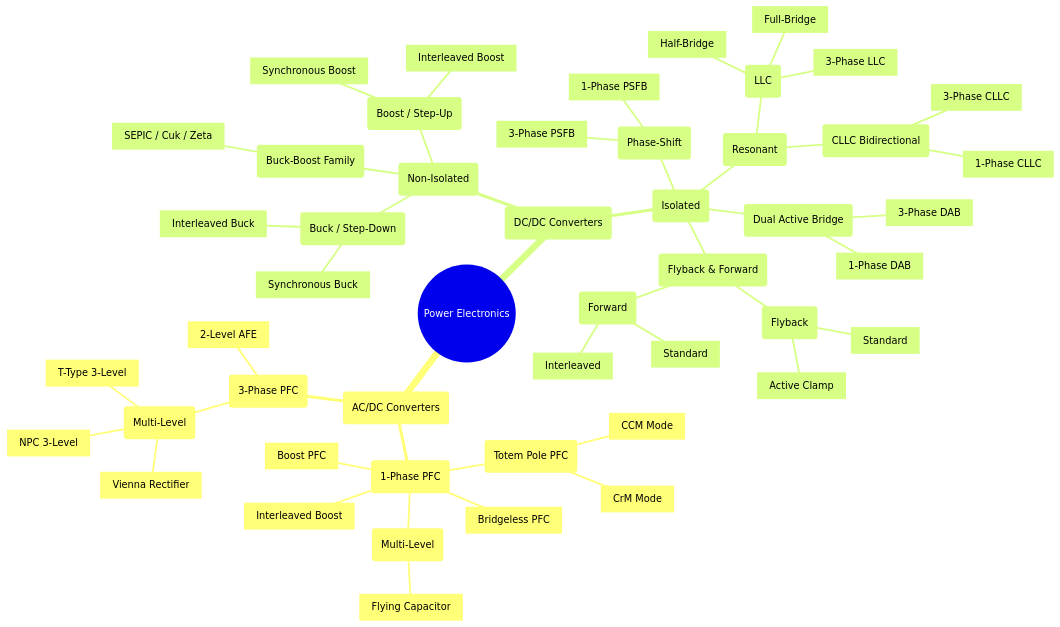
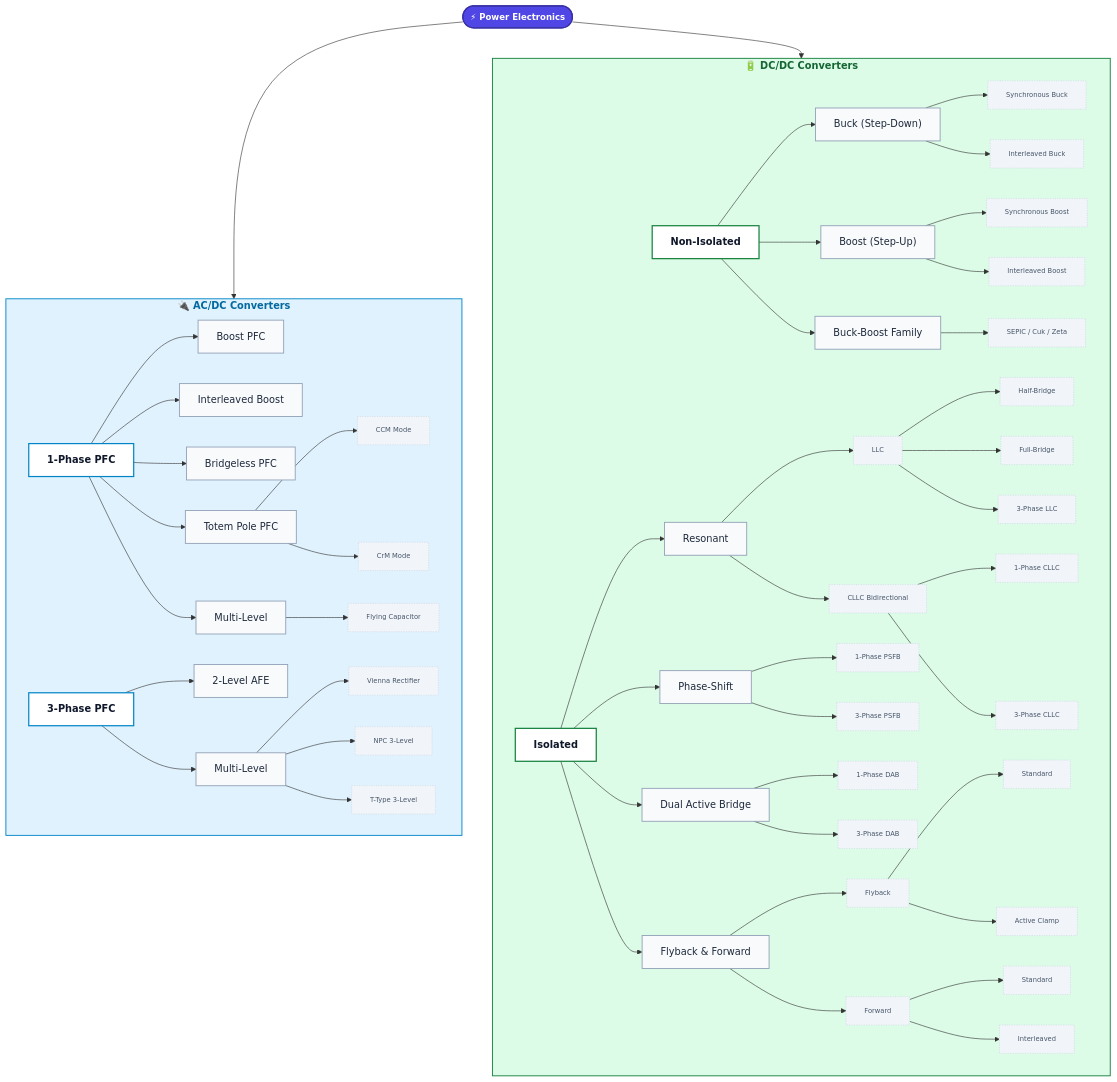
One commit to LongHBNguyen1518/power_electronics_system changed the diagram in README.md. Above: the diagram before and after it, drawn with Mermaid.

Commit message:
make readme.md prettier

````diff
--- a/README.md
+++ b/README.md
@@ -19,52 +17,108 @@
 ```mermaid
-mindmap
-  root((Power Electronics))
-    AC_DC(AC/DC Converters)
-      1_Phase(1-Phase PFC)
-        Basic_PFC[Boost PFC]
-        Interleaved_PFC[Interleaved Boost]
-        Bridgeless_PFC[Bridgeless PFC]
-        Totem_Pole(Totem Pole PFC)
-          TP_CCM[CCM Mode]
-          TP_CrM[CrM Mode]
-        Multi_Level_1Ph(Multi-Level)
-          FC_1Ph[Flying Capacitor]
-      3_Phase(3-Phase PFC)
-        2_Level[2-Level AFE]
-        Multi_Level_3Ph(Multi-Level)
-          Vienna[Vienna Rectifier]
-          NPC[NPC 3-Level]
-          T_Type[T-Type 3-Level]
-    DC_DC(DC/DC Converters)
-      Non_Isolated(Non-Isolated)
-        Buck(Buck / Step-Down)
-          Sync_Buck[Synchronous Buck]
-          Int_Buck[Interleaved Buck]
-        Boost(Boost / Step-Up)
-          Sync_Boost[Synchronous Boost]
-          Int_Boost[Interleaved Boost]
-        Buck_Boost(Buck-Boost Family)
-          SEPIC_Cuk[SEPIC / Cuk / Zeta]
-      Isolated(Isolated)
-        Resonant(Resonant)
-          LLC(LLC)
-            LLC_HB[Half-Bridge]
-            LLC_FB[Full-Bridge]
-            LLC_3Ph[3-Phase LLC]
-          CLLC(CLLC Bidirectional)
-            CLLC_1Ph[1-Phase CLLC]
-            CLLC_3Ph[3-Phase CLLC]
-        Phase_Shift(Phase-Shift)
-          PSFB_1Ph[1-Phase PSFB]
-          PSFB_3Ph[3-Phase PSFB]
-        DAB(Dual Active Bridge)
-          DAB_1Ph[1-Phase DAB]
-          DAB_3Ph[3-Phase DAB]
-        Flyback_Forward(Flyback & Forward)
-          Flyback(Flyback)
-            Std_Flyback[Standard]
-            ACF[Active Clamp]
-          Forward(Forward)
-            Std_Forward[Standard]
-            Int_Forward[Interleaved]
+flowchart TD
+    %% Node definitions
+    PE(["⚡ Power Electronics"])
+
+    %% AC/DC Subgraph
+    subgraph ACDC ["🔌 AC/DC Converters"]
+        AC_1P["1-Phase PFC"]
+        AC_3P["3-Phase PFC"]
+
+        %% 1-Phase Topologies
+        AC_1P --> Boost_PFC["Boost PFC"]
+        AC_1P --> Interleaved_PFC["Interleaved Boost"]
+        AC_1P --> Bridgeless_PFC["Bridgeless PFC"]
+        AC_1P --> Totem_Pole["Totem Pole PFC"]
+        AC_1P --> ML_1P["Multi-Level"]
+
+        %% Totem Pole & ML Details
+        Totem_Pole --> TP_CCM["CCM Mode"]
+        Totem_Pole --> TP_CrM["CrM Mode"]
+        ML_1P --> FC_1P["Flying Capacitor"]
+
+        %% 3-Phase Topologies
+        AC_3P --> AFE_2L["2-Level AFE"]
+        AC_3P --> ML_3P["Multi-Level"]
+
+        %% 3-Phase Details
+        ML_3P --> Vienna["Vienna Rectifier"]
+        ML_3P --> NPC["NPC 3-Level"]
+        ML_3P --> T_Type["T-Type 3-Level"]
+    end
+
+    %% DC/DC Subgraph
+    subgraph DCDC ["🔋 DC/DC Converters"]
+        Non_Iso["Non-Isolated"]
+        Iso["Isolated"]
+
+        %% Non-Isolated
+        Non_Iso --> Buck["Buck (Step-Down)"]
+        Non_Iso --> Boost["Boost (Step-Up)"]
+        Non_Iso --> Buck_Boost["Buck-Boost Family"]
+
+        Buck --> Sync_Buck["Synchronous Buck"]
+        Buck --> Int_Buck["Interleaved Buck"]
+
+        Boost --> Sync_Boost["Synchronous Boost"]
+        Boost --> Int_Boost["Interleaved Boost"]
+
+        Buck_Boost --> SEPIC_Cuk["SEPIC / Cuk / Zeta"]
+
+        %% Isolated
+        Iso --> Resonant["Resonant"]
+        Iso --> PS["Phase-Shift"]
+        Iso --> DAB["Dual Active Bridge"]
+        Iso --> FF["Flyback & Forward"]
+
+        %% Isolated Details
+        Resonant --> LLC["LLC"]
+        Resonant --> CLLC["CLLC Bidirectional"]
+        
+        LLC --> LLC_HB["Half-Bridge"]
+        LLC --> LLC_FB["Full-Bridge"]
+        LLC --> LLC_3P["3-Phase LLC"]
+        
+        CLLC --> CLLC_1P["1-Phase CLLC"]
+        CLLC --> CLLC_3P["3-Phase CLLC"]
+
+        PS --> PSFB_1P["1-Phase PSFB"]
+        PS --> PSFB_3P["3-Phase PSFB"]
+
+        DAB --> DAB_1P["1-Phase DAB"]
+        DAB --> DAB_3P["3-Phase DAB"]
+
+        FF --> Flyback["Flyback"]
+        FF --> Forward["Forward"]
+
+        Flyback --> Std_Flyback["Standard"]
+        Flyback --> ACF["Active Clamp"]
+
+        Forward --> Std_Forward["Standard"]
+        Forward --> Int_Forward["Interleaved"]
+    end
+
+    %% Root to Subgraphs
+    PE --> ACDC
+    PE --> DCDC
+
+    %% Custom Styles (CSS-like)
+    classDef rootStyle fill:#4F46E5,stroke:#3730A3,stroke-width:2px,color:#FFF,font-weight:bold,font-size:14px;
+    classDef acdcSub fill:#E0F2FE,stroke:#0284C7,stroke-width:1.5px,color:#0369A1,font-weight:bold;
+    classDef dcdcSub fill:#DCFCE7,stroke:#15803D,stroke-width:1.5px,color:#166534,font-weight:bold;
+    classDef subSec fill:#FFF,stroke:#0284C7,stroke-width:2px,color:#0F172A,font-weight:bold;
+    classDef subSecDC fill:#FFF,stroke:#15803D,stroke-width:2px,color:#0F172A,font-weight:bold;
+    classDef topo fill:#F8FAFC,stroke:#94A3B8,stroke-width:1.5px,color:#1E293B;
+    classDef leaf fill:#F1F5F9,stroke:#CBD5E1,stroke-width:1px,stroke-dasharray: 2 2,color:#475569,font-size:11px;
+
+    %% Apply Classes
+    class PE rootStyle;
+    class ACDC acdcSub;
+    class DCDC dcdcSub;
+    class AC_1P,AC_3P subSec;
+    class Non_Iso,Iso subSecDC;
+    
+    class Boost_PFC,Interleaved_PFC,Bridgeless_PFC,Totem_Pole,ML_1P,AFE_2L,ML_3P topo;
+    class Buck,Boost,Buck_Boost,Resonant,PS,DAB,FF topo;
+    
+    class TP_CCM,TP_CrM,FC_1P,Vienna,NPC,T_Type,Sync_Buck,Int_Buck,Sync_Boost,Int_Boost,SEPIC_Cuk,LLC,CLLC,LLC_HB,LLC_FB,LLC_3P,CLLC_1P,CLLC_3P,PSFB_1P,PSFB_3P,DAB_1P,DAB_3P,Flyback,Forward,Std_Flyback,ACF,Std_Forward,Int_Forward leaf;
 ```
````
